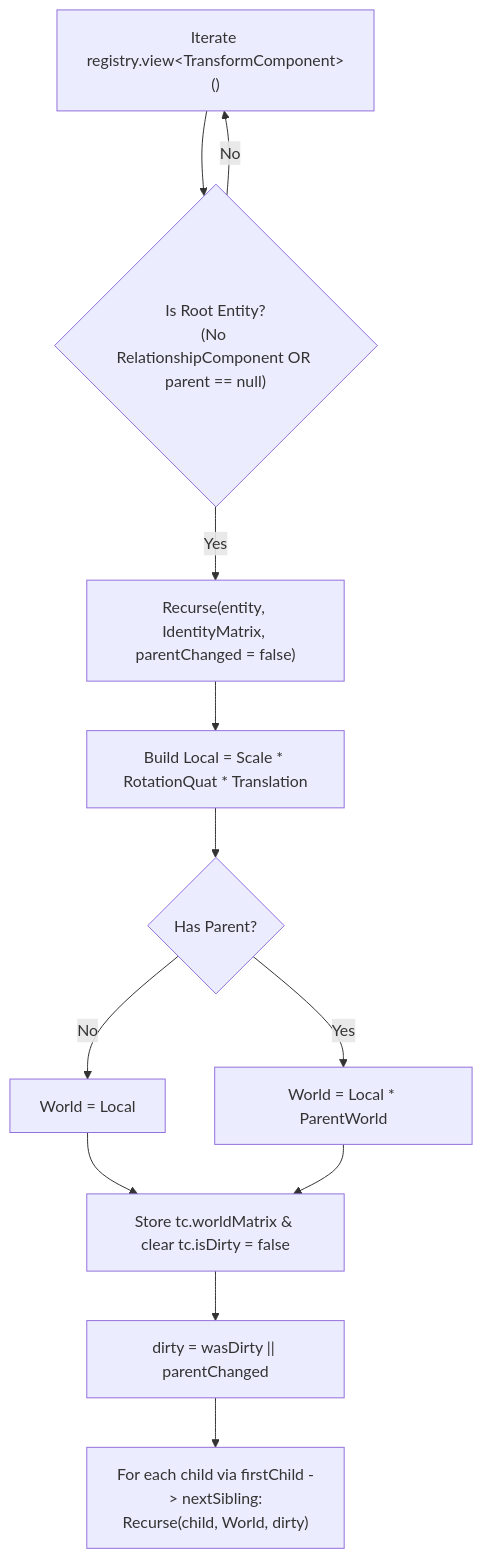
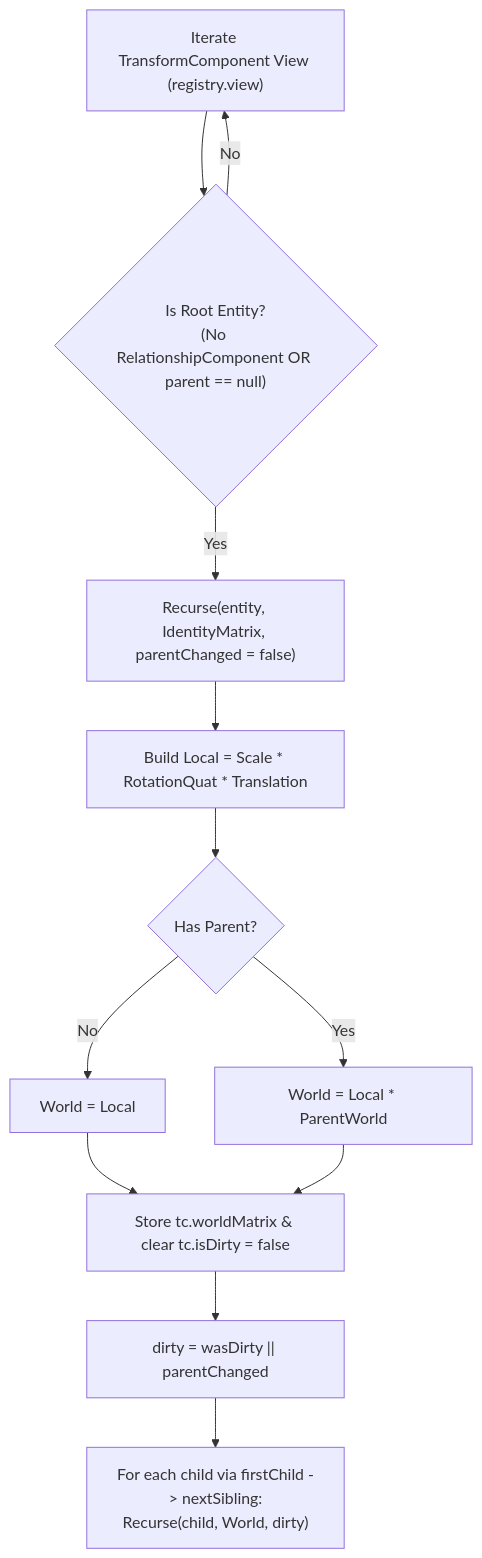
Before and after one commit to NathanAung/DX11GameEngine: the second of 3 diagrams in docs/architecture/ecs.md, drawn with Mermaid. The commit also changed 10 other files, not shown here.

````diff
--- a/docs/architecture/ecs.md
+++ b/docs/architecture/ecs.md
@@ -77,14 +77,14 @@
 ```mermaid
 flowchart TD
-    A["Iterate registry.view&lt;TransformComponent&gt;()"] --> B{"Is Root Entity?<br/>(No RelationshipComponent OR parent == null)"}
+    A["Iterate TransformComponent View (registry.view)"] --> B{"Is Root Entity?<br/>(No RelationshipComponent OR parent == null)"}
     B -- "No" --> A
     B -- "Yes" --> C["Recurse(entity, IdentityMatrix, parentChanged = false)"]
     C --> D["Build Local = Scale * RotationQuat * Translation"]
     D --> E{"Has Parent?"}
     E -- "No" --> F["World = Local"]
     E -- "Yes" --> G["World = Local * ParentWorld"]
     F --> H["Store tc.worldMatrix & clear tc.isDirty = false"]
     G --> H
     H --> I["dirty = wasDirty || parentChanged"]
     I --> J["For each child via firstChild -> nextSibling:<br/>Recurse(child, World, dirty)"]
 ```
````
